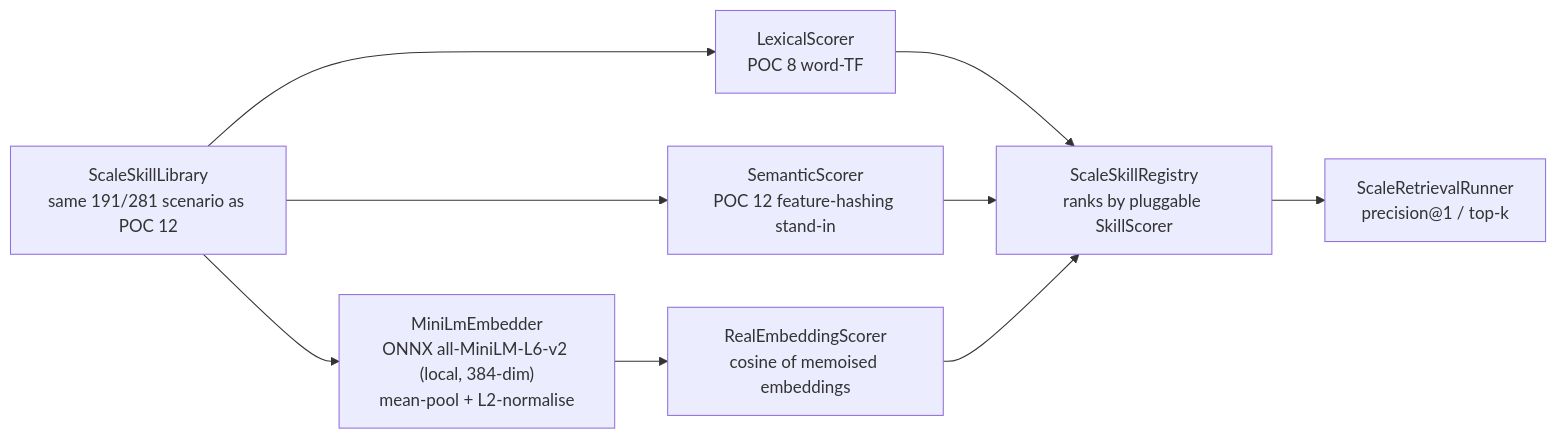
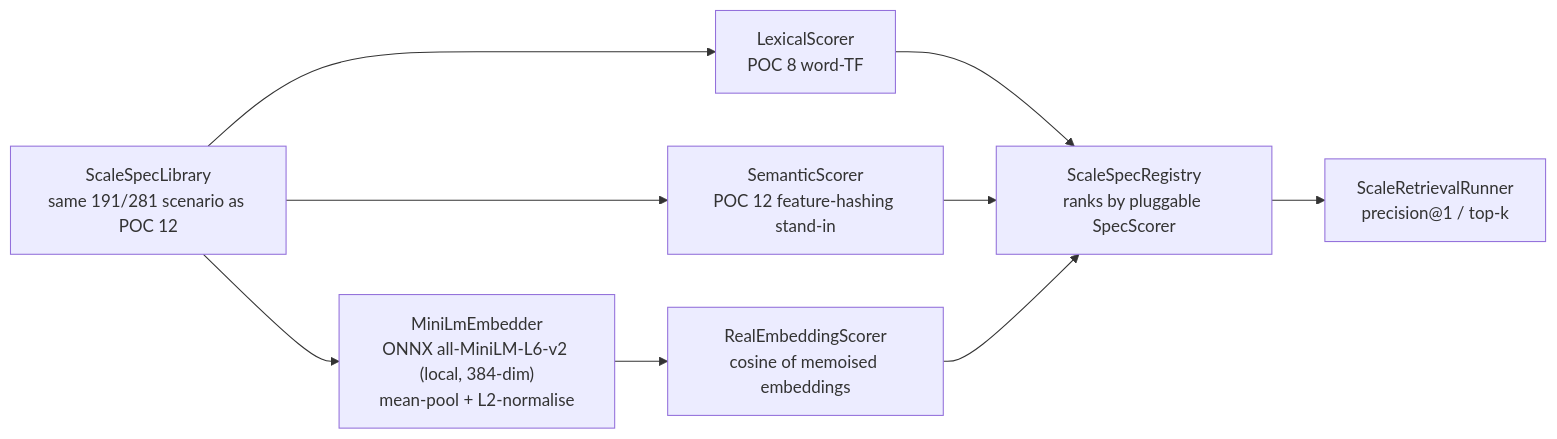
The diagram in poc/poc-20-semantic-embedding/README.md (iromu/embabel-smith), drawn with Mermaid before and after one commit. The commit also changed other lines of this file and 650 other files, not shown here.

First line of the commit message:
Rename the skill-pack vocabulary to agent spec to match what the unit actually is

````diff
--- a/poc/poc-20-semantic-embedding/README.md
+++ b/poc/poc-20-semantic-embedding/README.md
@@ -20,14 +20,14 @@
 ```mermaid
 flowchart LR
-    LIB["ScaleSkillLibrary<br/>same 191/281 scenario as POC 12"]
+    LIB["ScaleSpecLibrary<br/>same 191/281 scenario as POC 12"]
     LEX["LexicalScorer<br/>POC 8 word-TF"]
     DENSE["SemanticScorer<br/>POC 12 feature-hashing stand-in"]
     EMB["MiniLmEmbedder<br/>ONNX all-MiniLM-L6-v2 (local, 384-dim)<br/>mean-pool + L2-normalise"]
     REAL["RealEmbeddingScorer<br/>cosine of memoised embeddings"]
-    REG["ScaleSkillRegistry<br/>ranks by pluggable SkillScorer"]
+    REG["ScaleSpecRegistry<br/>ranks by pluggable SpecScorer"]
     RUN["ScaleRetrievalRunner<br/>precision@1 / top-k"]
     LIB --> LEX --> REG
     LIB --> DENSE --> REG
     LIB --> EMB --> REAL --> REG
     REG --> RUN
 ```
````
